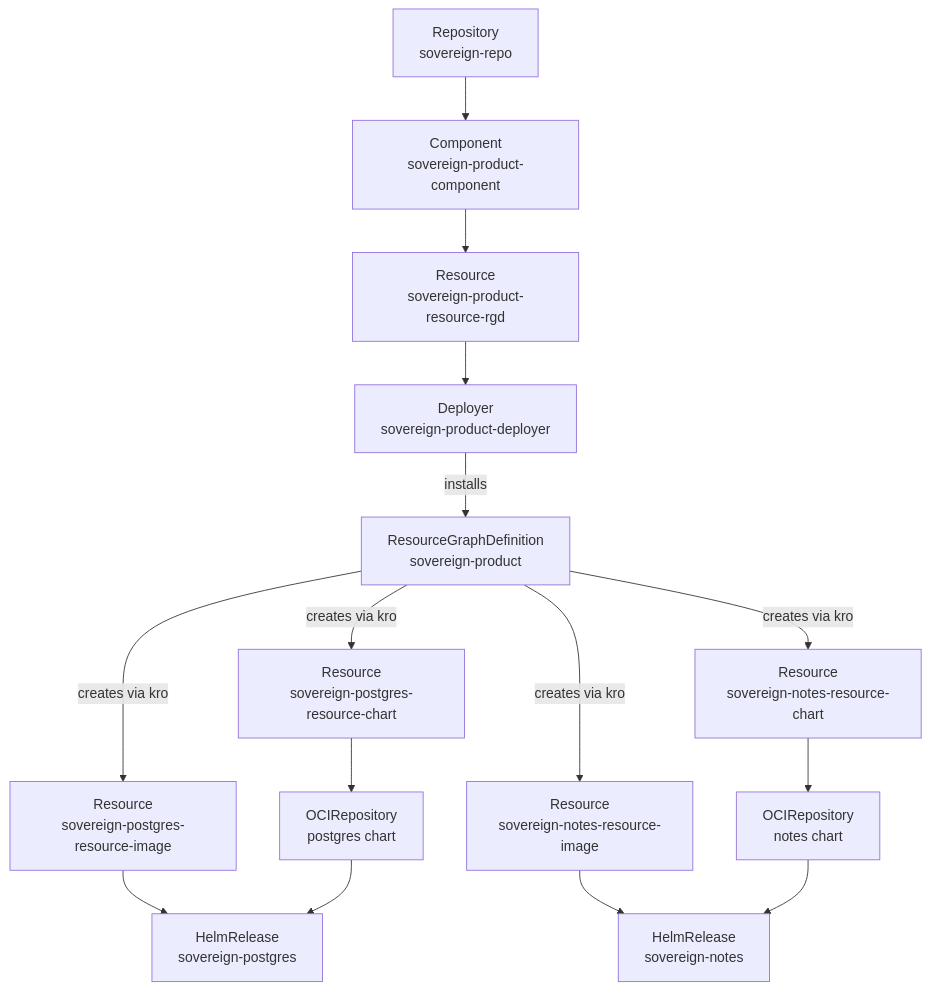
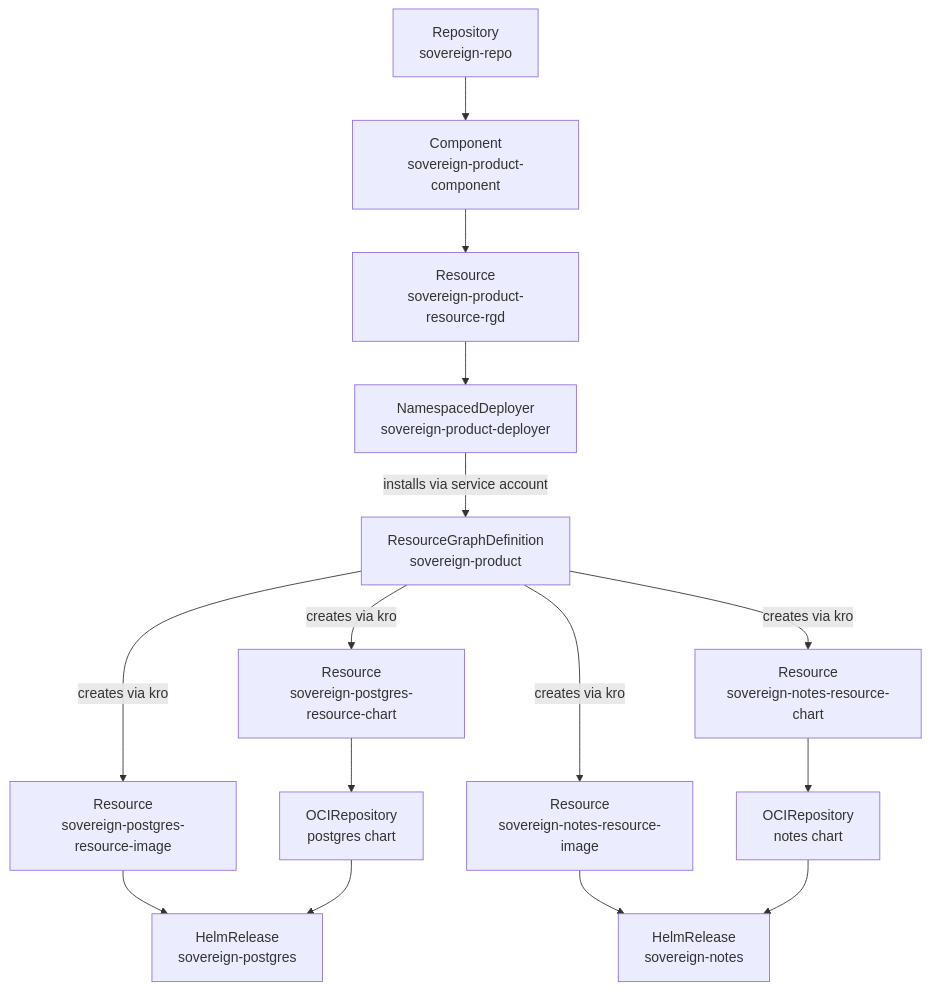
Before and after one commit to open-component-model/open-component-model: the second of 4 diagrams in docs/adr/0015_sovereign_cloud_reference_scenario.md, drawn with Mermaid. The commit also changed other lines of this file and 7 other files, not shown here.

First line of the commit message:
chore(conformance): bump kro to 0.9.4 and deploy via NamespacedDeployer

````diff
--- a/docs/adr/0015_sovereign_cloud_reference_scenario.md
+++ b/docs/adr/0015_sovereign_cloud_reference_scenario.md
@@ -142,20 +142,20 @@
 ```mermaid
 flowchart TD
     REPO[Repository<br/>sovereign-repo] --> COMP[Component<br/>sovereign-product-component]
     COMP --> RGD_RES[Resource<br/>sovereign-product-resource-rgd]
-    RGD_RES --> DEPLOYER[Deployer<br/>sovereign-product-deployer]
-    DEPLOYER -->|installs| RGD[ResourceGraphDefinition<br/>sovereign-product]
+    RGD_RES --> DEPLOYER[NamespacedDeployer<br/>sovereign-product-deployer]
+    DEPLOYER -->|installs via service account| RGD[ResourceGraphDefinition<br/>sovereign-product]
 
     RGD -->|creates via kro| PG_CHART_RES[Resource<br/>sovereign-postgres-resource-chart]
     RGD -->|creates via kro| PG_IMG_RES[Resource<br/>sovereign-postgres-resource-image]
     RGD -->|creates via kro| NOTES_CHART_RES[Resource<br/>sovereign-notes-resource-chart]
     RGD -->|creates via kro| NOTES_IMG_RES[Resource<br/>sovereign-notes-resource-image]
 
     PG_CHART_RES --> PG_OCI[OCIRepository<br/>postgres chart]
     PG_IMG_RES --> PG_HR[HelmRelease<br/>sovereign-postgres]
     PG_OCI --> PG_HR
 
     NOTES_CHART_RES --> NOTES_OCI[OCIRepository<br/>notes chart]
     NOTES_IMG_RES --> NOTES_HR[HelmRelease<br/>sovereign-notes]
     NOTES_OCI --> NOTES_HR
 ```
````
